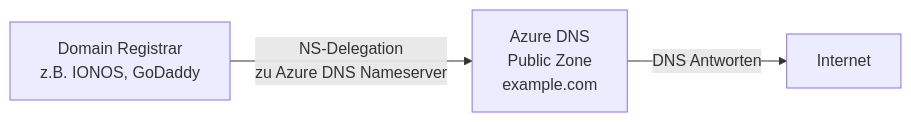
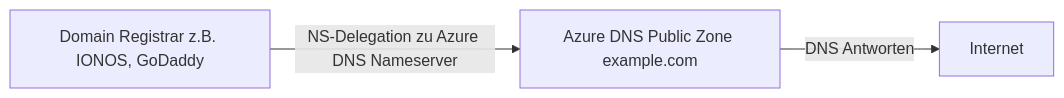
Before and after one commit to SoniiiT/notes-n-docs: the second of 8 diagrams in Microsoft 365/Azure/Netzwerk/Azure DNS.md, drawn with Mermaid. The commit also changed other lines of this file and 124 other files, not shown here.

First line of the commit message:
fix: Entferne \n aus allen Mermaid-Diagrammen (125 Dateien)

````diff
--- a/Microsoft 365/Azure/Netzwerk/Azure DNS.md
+++ b/Microsoft 365/Azure/Netzwerk/Azure DNS.md
@@ -50,5 +50,5 @@
 ```mermaid
 graph LR
-    REGISTRAR[Domain Registrar\nz.B. IONOS, GoDaddy] -->|NS-Delegation\nzu Azure DNS Nameserver| AZURE[Azure DNS\nPublic Zone\nexample.com]
+    REGISTRAR[Domain Registrar z.B. IONOS, GoDaddy] -->|NS-Delegation zu Azure DNS Nameserver| AZURE[Azure DNS Public Zone example.com]
     AZURE -->|DNS Antworten| INTERNET[Internet]
 ```
````
